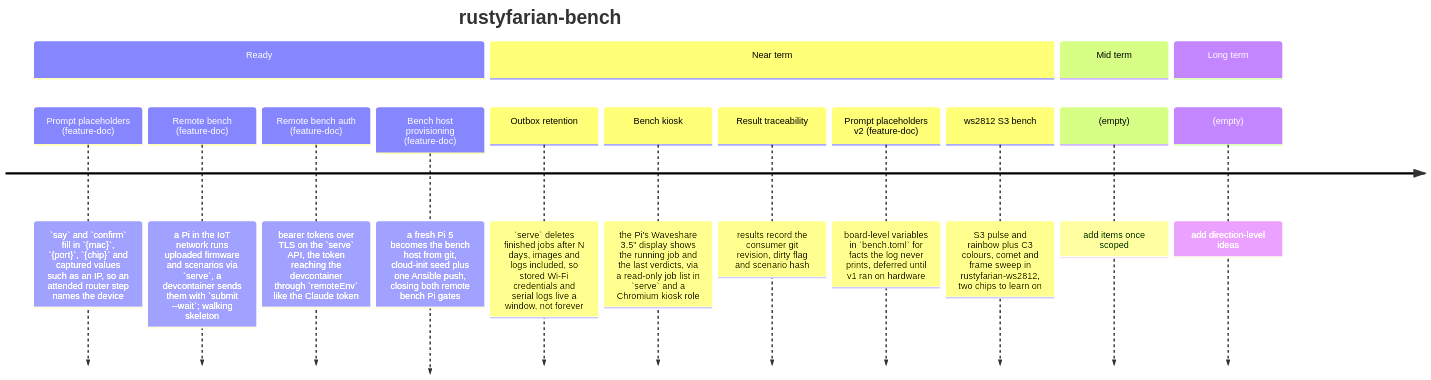
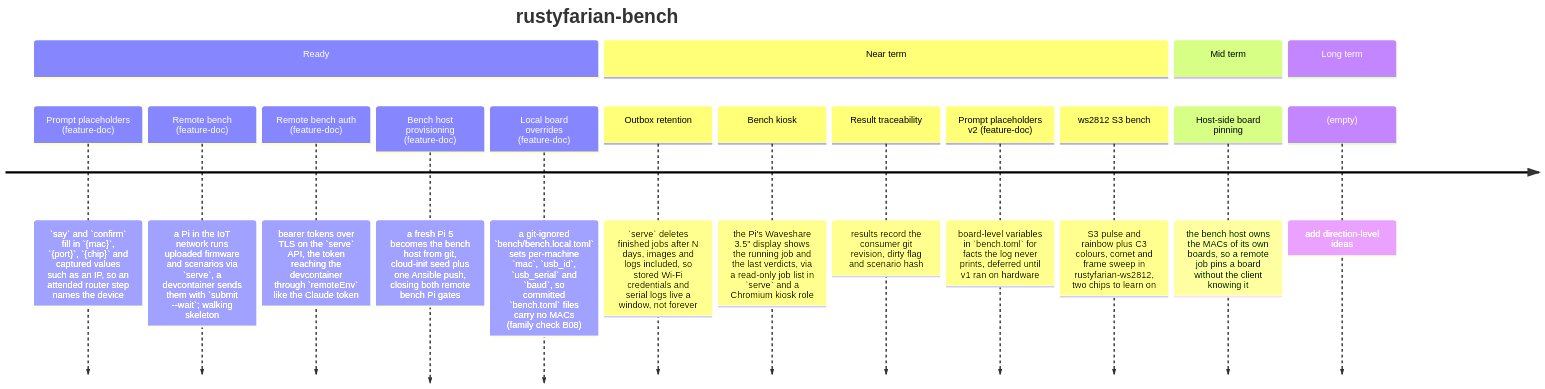
One commit to datenkollektiv/rustyfarian-bench changed the diagram in docs/ROADMAP.md. Above: the diagram before and after it, drawn with Mermaid. The commit also changed 13 other files, not shown here.

Commit message:
Read per-machine board values from bench/bench.local.toml

````diff
--- a/docs/ROADMAP.md
+++ b/docs/ROADMAP.md
@@ -8,19 +8,20 @@
 ```mermaid
 timeline
     title rustyfarian-bench
     section Ready
         Prompt placeholders (feature-doc) : `say` and `confirm` fill in `{mac}`, `{port}`, `{chip}` and captured values such as an IP, so an attended router step names the device
         Remote bench (feature-doc) : a Pi in the IoT network runs uploaded firmware and scenarios via `serve`, a devcontainer sends them with `submit --wait`; walking skeleton
         Remote bench auth (feature-doc) : bearer tokens over TLS on the `serve` API, the token reaching the devcontainer through `remoteEnv` like the Claude token
         Bench host provisioning (feature-doc) : a fresh Pi 5 becomes the bench host from git, cloud-init seed plus one Ansible push, closing both remote bench Pi gates
+        Local board overrides (feature-doc) : a git-ignored `bench/bench.local.toml` sets per-machine `mac`, `usb_id`, `usb_serial` and `baud`, so committed `bench.toml` files carry no MACs (family check B08)
     section Near term
         Outbox retention : `serve` deletes finished jobs after N days, images and logs included, so stored Wi-Fi credentials and serial logs live a window, not forever
         Bench kiosk : the Pi's Waveshare 3.5" display shows the running job and the last verdicts, via a read-only job list in `serve` and a Chromium kiosk role
         Result traceability : results record the consumer git revision, dirty flag and scenario hash
         Prompt placeholders v2 (feature-doc) : board-level variables in `bench.toml` for facts the log never prints, deferred until v1 ran on hardware
         ws2812 S3 bench : S3 pulse and rainbow plus C3 colours, comet and frame sweep in rustyfarian-ws2812, two chips to learn on
     section Mid term
-        (empty) : add items once scoped
+        Host-side board pinning : the bench host owns the MACs of its own boards, so a remote job pins a board without the client knowing it
     section Long term
         (empty) : add direction-level ideas
 ```
````
